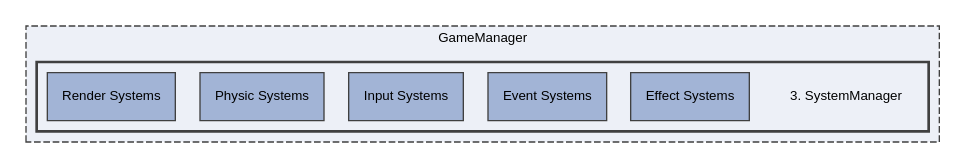
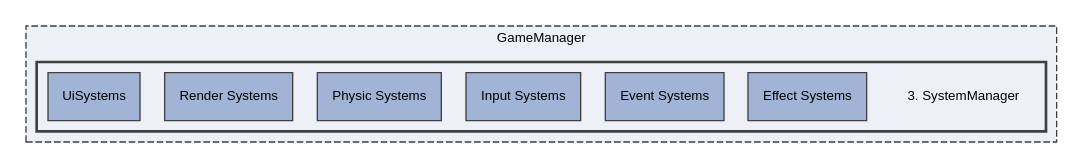
The diagram in docs/dir_2bdb31a7249336a8253fbe94df0b2807_dep.dot (DreamyStranger/MonoGame-Platformer), drawn with Graphviz before and after one commit. The commit also changed 597 other files, not shown here.

```diff
--- a/docs/dir_2bdb31a7249336a8253fbe94df0b2807_dep.dot
+++ b/docs/dir_2bdb31a7249336a8253fbe94df0b2807_dep.dot
@@ -1,19 +1,20 @@
 digraph "GameManager/3. SystemManager"
 {
  // LATEX_PDF_SIZE
   edge [fontname="Helvetica",fontsize="10",labelfontname="Helvetica",labelfontsize="10"];
   node [fontname="Helvetica",fontsize="10",shape=record];
   compound=true
   subgraph clusterdir_817a577288e337d86d0e77a0eb2b5f08 {
     graph [ bgcolor="#edf0f7", pencolor="grey25", style="filled,dashed,", label="GameManager", fontname="Helvetica", fontsize="10", URL="dir_817a577288e337d86d0e77a0eb2b5f08.html"]
   subgraph clusterdir_2bdb31a7249336a8253fbe94df0b2807 {
     graph [ bgcolor="#edf0f7", pencolor="grey25", style="filled,bold,", label="", fontname="Helvetica", fontsize="10", URL="dir_2bdb31a7249336a8253fbe94df0b2807.html"]
     dir_2bdb31a7249336a8253fbe94df0b2807 [shape=plaintext, label="3. SystemManager"];
   dir_18e7fcdfd54f601dc66d7941de4555aa [shape=box, label="Effect Systems", style="filled,", fillcolor="#a2b4d6", color="grey25", URL="dir_18e7fcdfd54f601dc66d7941de4555aa.html"];
   dir_e5fbd552ac17a98dd9fcba4421199e98 [shape=box, label="Event Systems", style="filled,", fillcolor="#a2b4d6", color="grey25", URL="dir_e5fbd552ac17a98dd9fcba4421199e98.html"];
   dir_a88cbd3e266a24c98d5f68e5e4cc154d [shape=box, label="Input Systems", style="filled,", fillcolor="#a2b4d6", color="grey25", URL="dir_a88cbd3e266a24c98d5f68e5e4cc154d.html"];
   dir_73fed3f0dc57035082475f5d2e8c8a84 [shape=box, label="Physic Systems", style="filled,", fillcolor="#a2b4d6", color="grey25", URL="dir_73fed3f0dc57035082475f5d2e8c8a84.html"];
   dir_a3c8e8010501531a79582fdfec6ba8d7 [shape=box, label="Render Systems", style="filled,", fillcolor="#a2b4d6", color="grey25", URL="dir_a3c8e8010501531a79582fdfec6ba8d7.html"];
+  dir_77f55f53fe5ada89e6231c834f841df3 [shape=box, label="UiSystems", style="filled,", fillcolor="#a2b4d6", color="grey25", URL="dir_77f55f53fe5ada89e6231c834f841df3.html"];
   }
   }
 }
```
